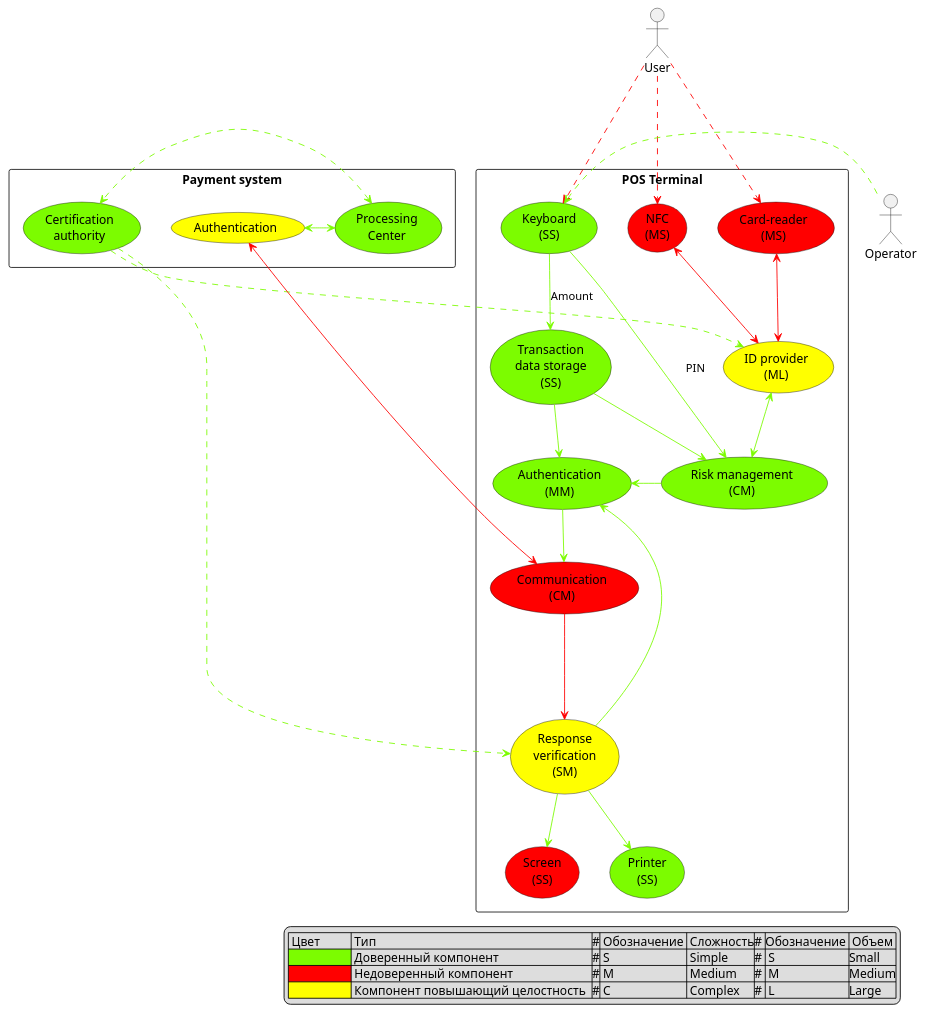
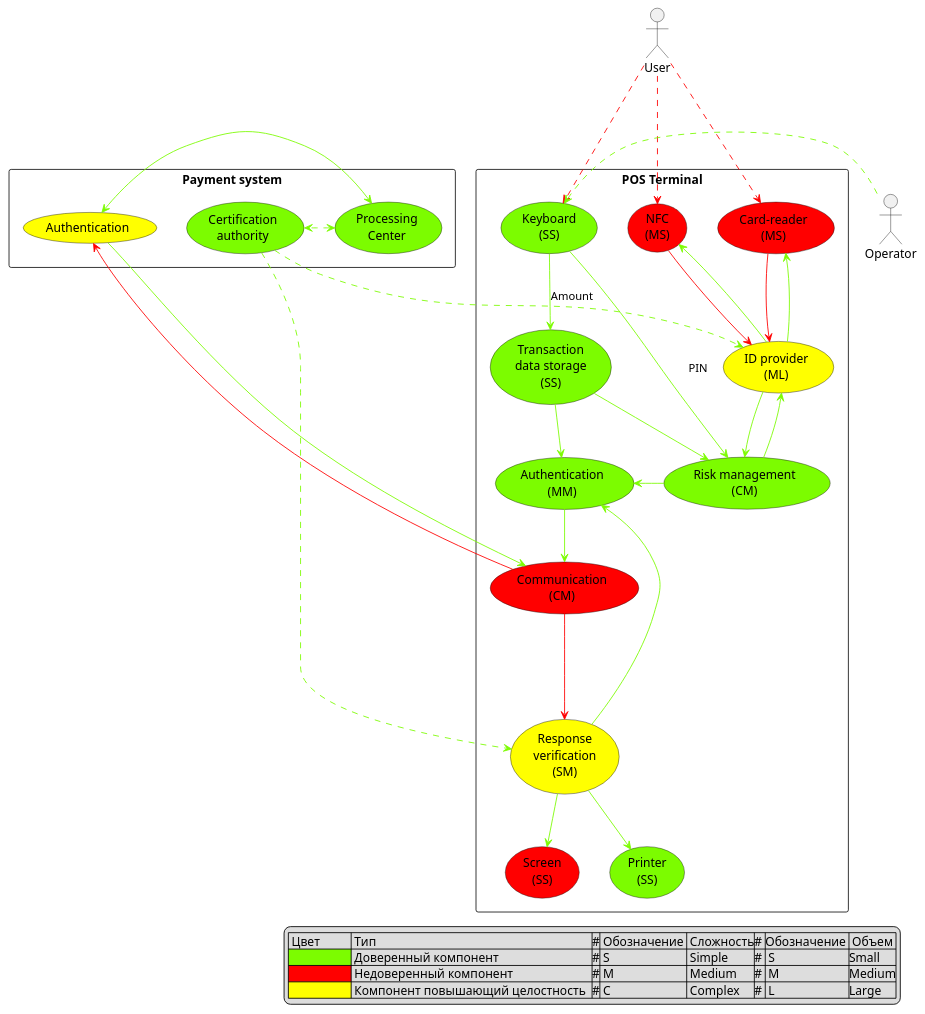
One commit to BardinPetr/-cyberimmune-course-homework-2 changed the diagram in docs/hla.puml. Above: the diagram before and after it, drawn with PlantUML. The commit also changed 1 other file, not shown here.

```diff
--- a/docs/hla.puml
+++ b/docs/hla.puml
@@ -1,65 +1,69 @@
 @startuml
 
 actor User as U
 actor Operator as O
 
 rectangle "Payment system" {
     usecase "Certification\nauthority" as CA #lawngreen
     usecase "Processing\nCenter" as proc #lawngreen
     usecase "Authentication" as proca #yellow
 
     proca <-[#lawngreen]> proc
     proc <.[#lawngreen]> CA
 }
 
 rectangle "POS Terminal" {
     usecase "Communication\n(CM)" as comm #red
     usecase "Screen\n(SS)" as screen #red
     usecase "NFC\n(MS)" as nfc #red
     usecase "Card-reader\n(MS)" as card #red
 
     usecase "Response\nverification\n(SM)" as ver #yellow
     usecase "ID provider\n(ML)" as idp #yellow
     usecase "Risk management\n(CM)" as rm #lawngreen
 
     usecase "Printer\n(SS)" as printer #lawngreen
     usecase "Keyboard\n(SS)" as kb #lawngreen
     usecase "Authentication\n(MM)" as auth #lawngreen
     usecase "Transaction\ndata storage\n(SS)" as tds #lawngreen
 }
 
 CA .[#lawngreen].> ver
 CA .[#lawngreen].> idp
 
 U ...[#red]> nfc
 U ..[#red]> card
 U ..[#red]> kb
 O .[#lawngreen]> kb
 
-nfc  <--[#red]> idp
-card <--[#red]> idp
+nfc  --[#red]> idp
+nfc  <--[#lawngreen] idp
+card --[#red]> idp
+card <--[#lawngreen] idp
 
 kb -[#lawngreen]-> tds : Amount
 kb --[#lawngreen]-> rm : PIN
 
 tds --[#lawngreen]> rm
-idp <--[#lawngreen]> rm
+idp --[#lawngreen]> rm
+idp <--[#lawngreen] rm
 
 tds --[#lawngreen]> auth
 rm -[#lawngreen]> auth
 auth --[#lawngreen]> comm
 ver --[#lawngreen]> auth
 
-proca <--[#red]-> comm
+proca <--[#red]- comm
+proca --[#lawngreen]-> comm
 comm --[#red]-> ver
 ver --[#lawngreen]> printer
 ver --[#lawngreen]> screen
 
 legend right
 | Цвет          | Тип                               |#| Обозначение | Сложность|# |Обозначение | Объем |
 | <#lawngreen>  | Доверенный компонент              |#| S | Simple  |#| S|Small|
 | <#red>        | Недоверенный компонент            |#| M | Medium  |#| M|Medium|
 | <#yellow>     | Компонент повышающий целостность  |#| C | Complex |#| L|Large|
 end legend
 
 @enduml
```
